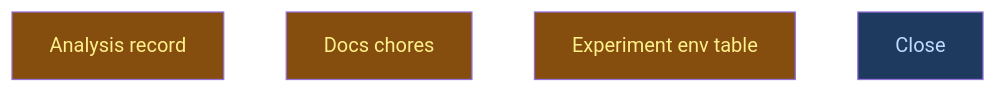
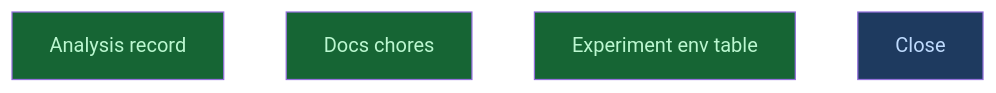
One commit to CrackingShells/Candler changed the diagram in __roadmap__/m6b-surface-consolidation/consolidated/build/outputs/records/README.md. Above: the diagram before and after it, drawn with Mermaid. The commit also changed other lines of this file and 2 other files, not shown here.

````diff
--- a/__roadmap__/m6b-surface-consolidation/consolidated/build/outputs/records/README.md
+++ b/__roadmap__/m6b-surface-consolidation/consolidated/build/outputs/records/README.md
@@ -26,12 +26,12 @@
 ```mermaid
 graph TD
-    analysis_record[Analysis record]:::inprogress
-    docs_chores[Docs chores]:::inprogress
-    experiment_env[Experiment env table]:::inprogress
+    analysis_record[Analysis record]:::done
+    docs_chores[Docs chores]:::done
+    experiment_env[Experiment env table]:::done
     close[Close]:::amendment
     classDef done       fill:#166534,color:#bbf7d0
     classDef inprogress fill:#854d0e,color:#fef08a
     classDef planned    fill:#374151,color:#e5e7eb
     classDef amendment  fill:#1e3a5f,color:#bfdbfe
     classDef blocked    fill:#7f1d1d,color:#fecaca
 ```
````
